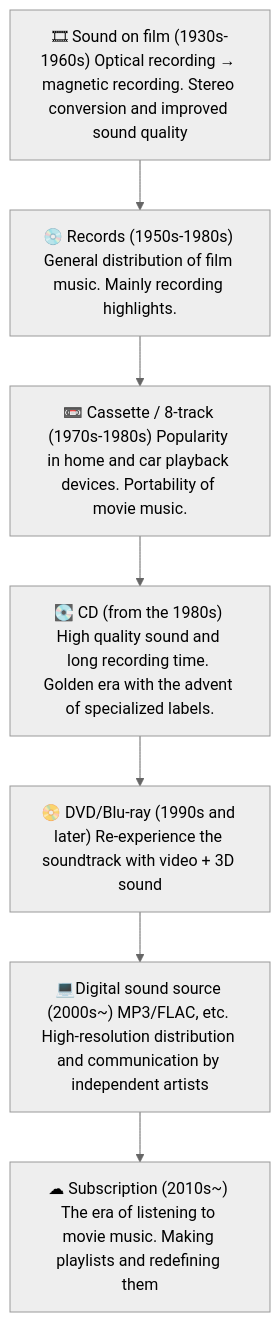
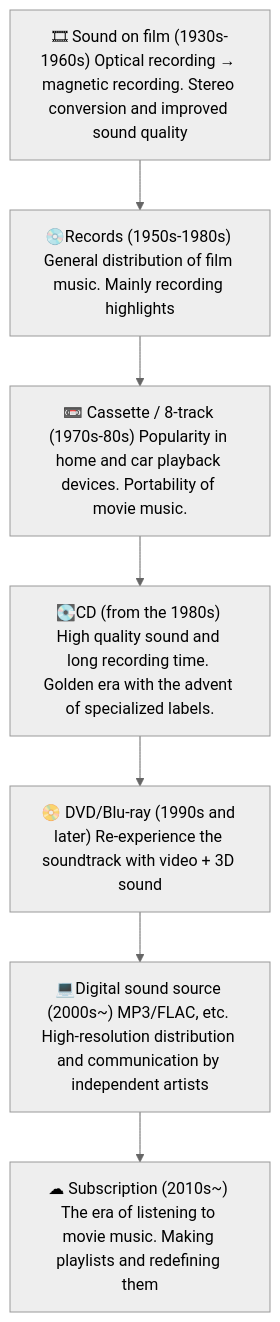
One commit to monumental-movement/monumental-movement.github.io changed the diagram in en/_posts/2025-07-17-Column-Soundtrack.md. Above: the diagram before and after it, drawn with Mermaid (neutral theme). The commit also changed other lines of this file and 419 other files, not shown here.

```diff
--- a/en/_posts/2025-07-17-Column-Soundtrack.md
+++ b/en/_posts/2025-07-17-Column-Soundtrack.md
@@ -102,14 +102,14 @@
 <div class="mermaid">
 
 flowchart TD
   A["🎞 Sound on film (1930s-1960s) Optical recording → magnetic recording. Stereo conversion and improved sound quality"]
-  B["💿 Records (1950s-1980s) General distribution of film music. Mainly recording highlights."]
-  C["📼 Cassette / 8-track (1970s-1980s) Popularity in home and car playback devices. Portability of movie music."]
-  D["💽 CD (from the 1980s) High quality sound and long recording time. Golden era with the advent of specialized labels."]
+  B["💿Records (1950s-1980s) General distribution of film music. Mainly recording highlights"]
+  C["📼 Cassette / 8-track (1970s-80s) Popularity in home and car playback devices. Portability of movie music."]
+  D["💽CD (from the 1980s) High quality sound and long recording time. Golden era with the advent of specialized labels."]
   E["📀 DVD/Blu-ray (1990s and later) Re-experience the soundtrack with video + 3D sound"]
   F["💻Digital sound source (2000s~) MP3/FLAC, etc. High-resolution distribution and communication by independent artists"]
   G["☁ Subscription (2010s~) The era of listening to movie music. Making playlists and redefining them"]
 
   A --> B --> C --> D --> E --> F --> G
 
 </div>
```
